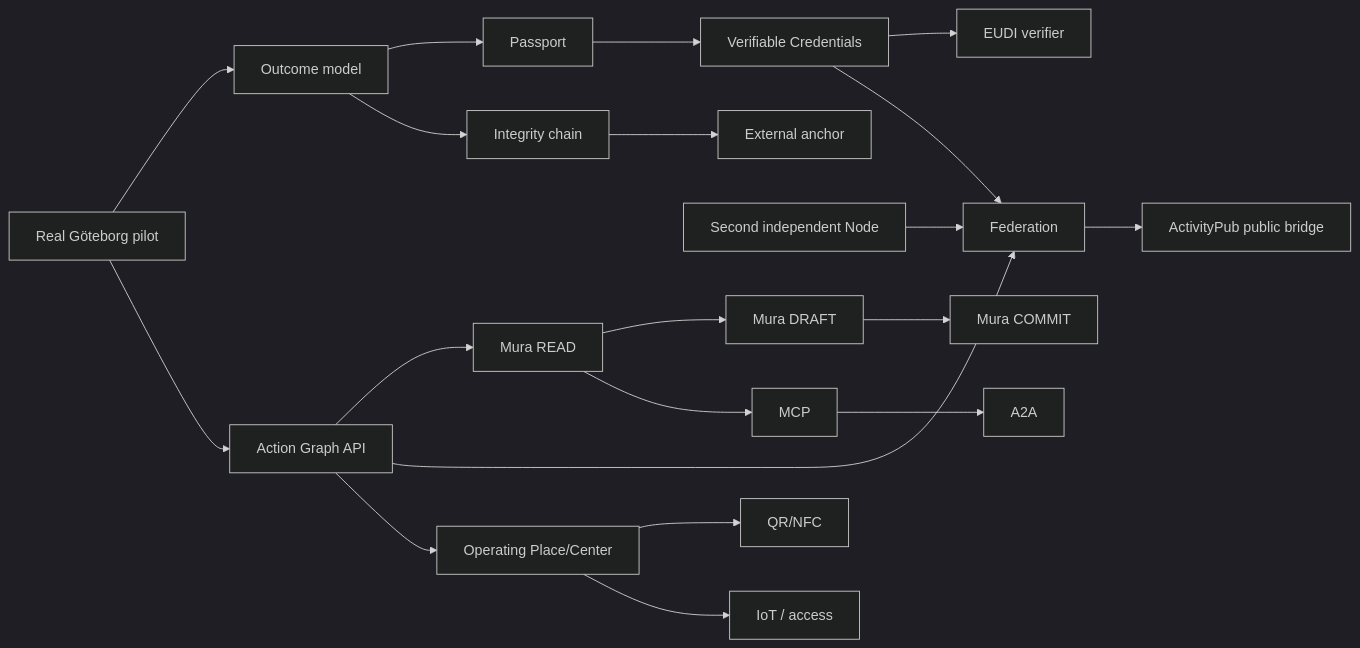
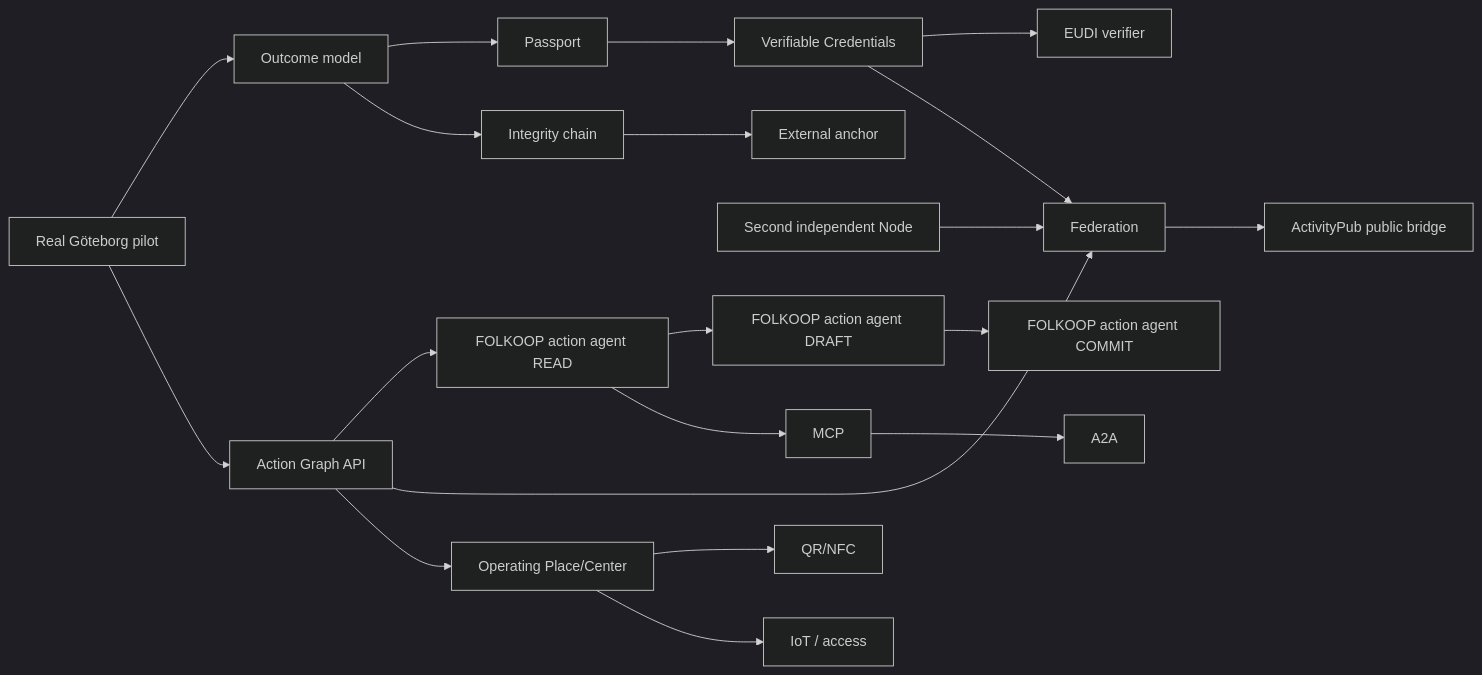
Before and after one commit to chup1runov/Folkoop: the second of 2 diagrams in docs/architecture/TRUST_IDENTITY_WEB4_ARCHITECTURE.md, drawn with Mermaid (dark theme). The commit also changed other lines of this file, not shown here.

Commit message:
docs: keep future architecture under single FOLKOOP identity

````diff
--- a/docs/architecture/TRUST_IDENTITY_WEB4_ARCHITECTURE.md
+++ b/docs/architecture/TRUST_IDENTITY_WEB4_ARCHITECTURE.md
@@ -1324,42 +1324,42 @@
 ```mermaid
 flowchart LR
     PILOT[Real Göteborg pilot]
     OUT[Outcome model]
     GRAPH[Action Graph API]
-    MURAR[Mura READ]
-    MURAD[Mura DRAFT]
-    MURAC[Mura COMMIT]
+    AGENTR[FOLKOOP action agent READ]
+    AGENTD[FOLKOOP action agent DRAFT]
+    AGENTC[FOLKOOP action agent COMMIT]
     PASS[Passport]
     VC[Verifiable Credentials]
     EUDI[EUDI verifier]
     NODE[Second independent Node]
     FED[Federation]
     AP[ActivityPub public bridge]
     MCP[MCP]
     A2A[A2A]
     PLACE[Operating Place/Center]
     QR[QR/NFC]
     IOT[IoT / access]
     INT[Integrity chain]
     ANCH[External anchor]
 
     PILOT --> OUT
     PILOT --> GRAPH
-    GRAPH --> MURAR
-    MURAR --> MURAD
-    MURAD --> MURAC
+    GRAPH --> AGENTR
+    AGENTR --> AGENTD
+    AGENTD --> AGENTC
     OUT --> PASS
     PASS --> VC
     VC --> EUDI
     NODE --> FED
     GRAPH --> FED
     VC --> FED
     FED --> AP
-    MURAR --> MCP
+    AGENTR --> MCP
     MCP --> A2A
     PLACE --> QR
     PLACE --> IOT
     GRAPH --> PLACE
     OUT --> INT
     INT --> ANCH
 ```
````
